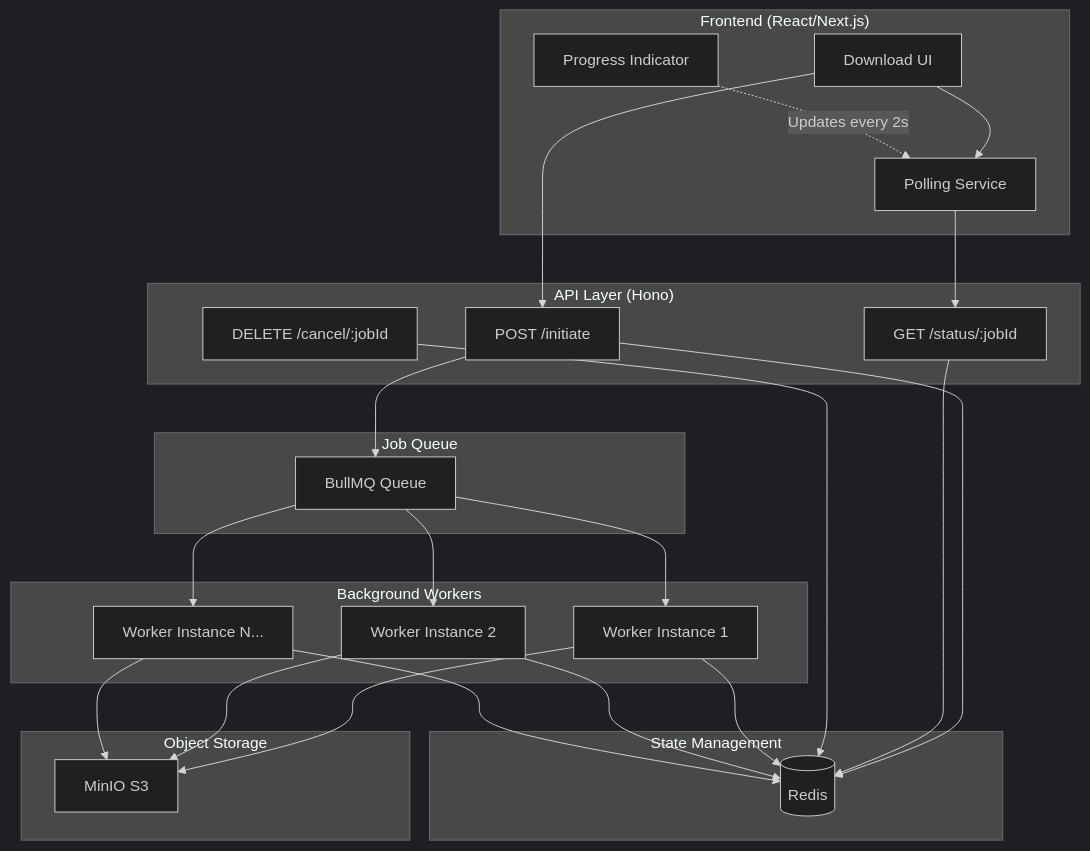
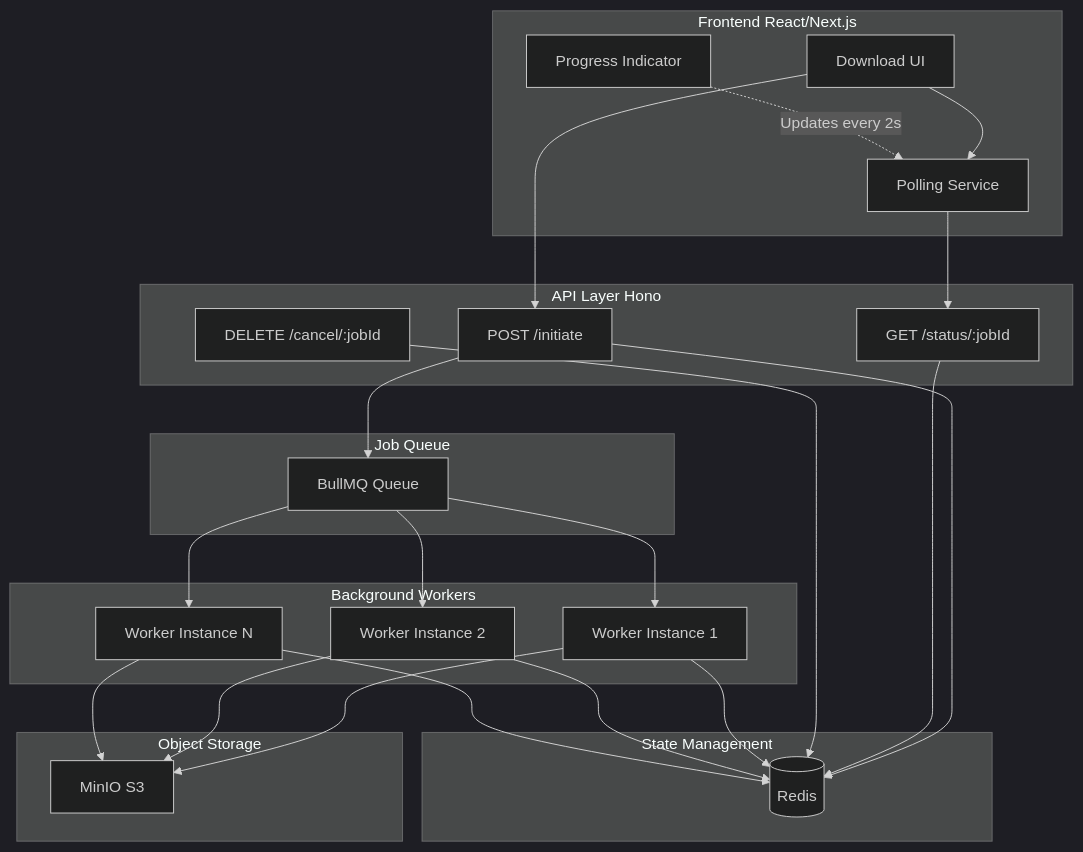
Before and after one commit to Meherajs/cuet-micro-ops-hackthon-2025: the second of 2 diagrams in ARCHITECTURE.md, drawn with Mermaid (dark theme). The commit also changed other lines of this file, not shown here.

First line of the commit message:
fix: Remove special characters from Mermaid diagrams for GitHub rendering

````diff
--- a/ARCHITECTURE.md
+++ b/ARCHITECTURE.md
@@ -48,55 +48,55 @@
 ```mermaid
 graph TB
-    subgraph Frontend["Frontend (React/Next.js)"]
+    subgraph Frontend["Frontend React/Next.js"]
         UI[Download UI]
         PollingService[Polling Service]
         ProgressBar[Progress Indicator]
     end
 
-    subgraph API["API Layer (Hono)"]
+    subgraph API["API Layer Hono"]
         InitEndpoint[POST /initiate]
         StatusEndpoint[GET /status/:jobId]
         CancelEndpoint[DELETE /cancel/:jobId]
     end
 
     subgraph Cache["State Management"]
         Redis[(Redis)]
     end
 
     subgraph Queue["Job Queue"]
         BullMQ[BullMQ Queue]
     end
 
     subgraph Workers["Background Workers"]
         Worker1[Worker Instance 1]
         Worker2[Worker Instance 2]
-        Worker3[Worker Instance N...]
+        Worker3[Worker Instance N]
     end
 
     subgraph Storage["Object Storage"]
         MinIO[MinIO S3]
     end
 
     UI --> PollingService
     PollingService --> StatusEndpoint
     UI --> InitEndpoint
 
     InitEndpoint --> Redis
     InitEndpoint --> BullMQ
     StatusEndpoint --> Redis
     CancelEndpoint --> Redis
 
     BullMQ --> Worker1
     BullMQ --> Worker2
     BullMQ --> Worker3
 
     Worker1 --> MinIO
     Worker2 --> MinIO
     Worker3 --> MinIO
 
     Worker1 --> Redis
     Worker2 --> Redis
     Worker3 --> Redis
 
     ProgressBar -.->|Updates every 2s| PollingService
 ```
````
